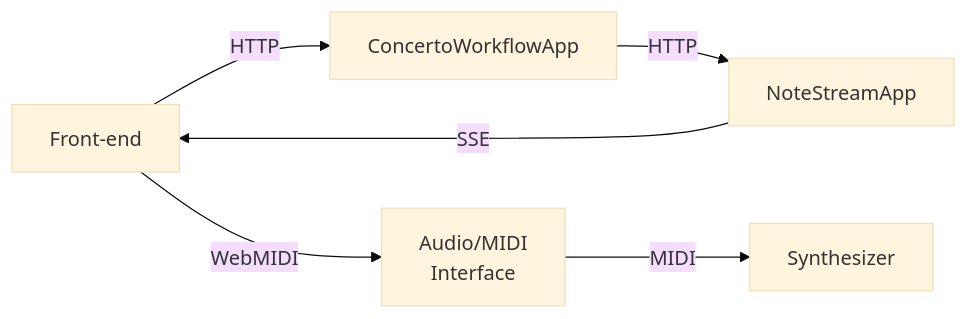
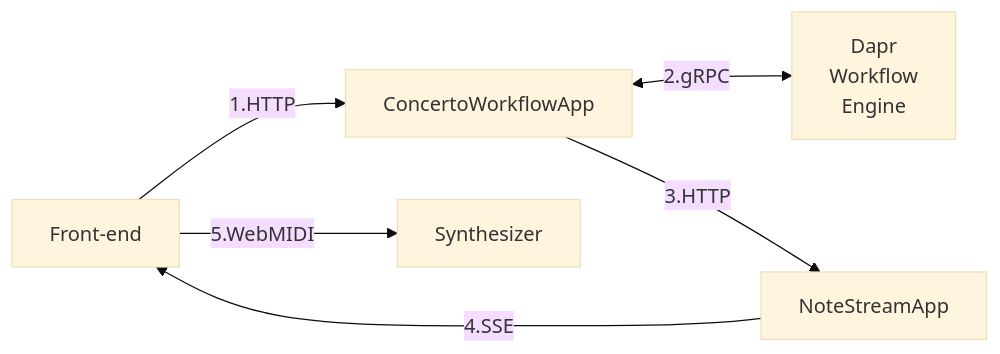
One commit to diagrid-labs/dapr-workflow-concerto changed the diagram in .demo/slides/03-tech-setup/03-flow-diagram.md. Above: the diagram before and after it, drawn with Mermaid (base theme). The commit also changed 9 other files, not shown here.

````diff
--- a/.demo/slides/03-tech-setup/03-flow-diagram.md
+++ b/.demo/slides/03-tech-setup/03-flow-diagram.md
@@ -7,9 +7,10 @@
 ```mermaid
 flowchart LR
-    FE[Front-end] --HTTP--> CWA[ConcertoWorkflowApp]
-    CWA --HTTP--> NSA[NoteStreamApp]
-    NSA --SSE--> FE
-    FE --WebMIDI--> HI[Audio/MIDI
-    Interface]
-    HI --MIDI--> HS[Synthesizer]
+    FE[Front-end] --1.HTTP--> CWA[ConcertoWorkflowApp]
+    CWA<--2.gRPC-->DAPR[Dapr
+    Workflow
+    Engine]
+    CWA --3.HTTP--> NSA[NoteStreamApp]
+    NSA --4.SSE--> FE
+    FE --5.WebMIDI--> HS[Synthesizer]
 ```
````
